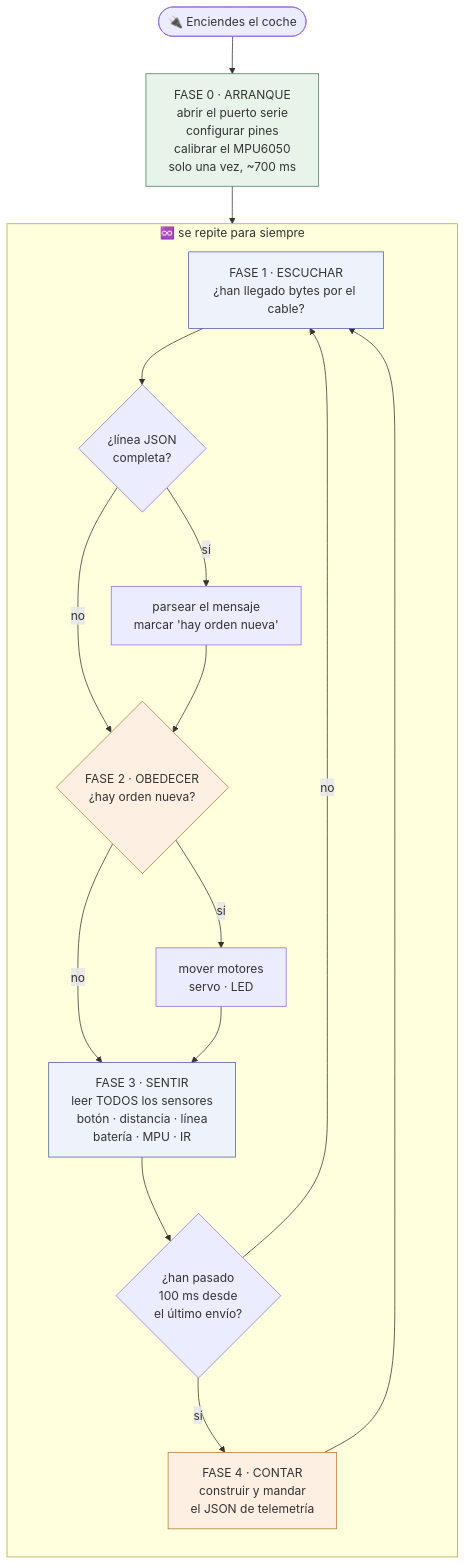
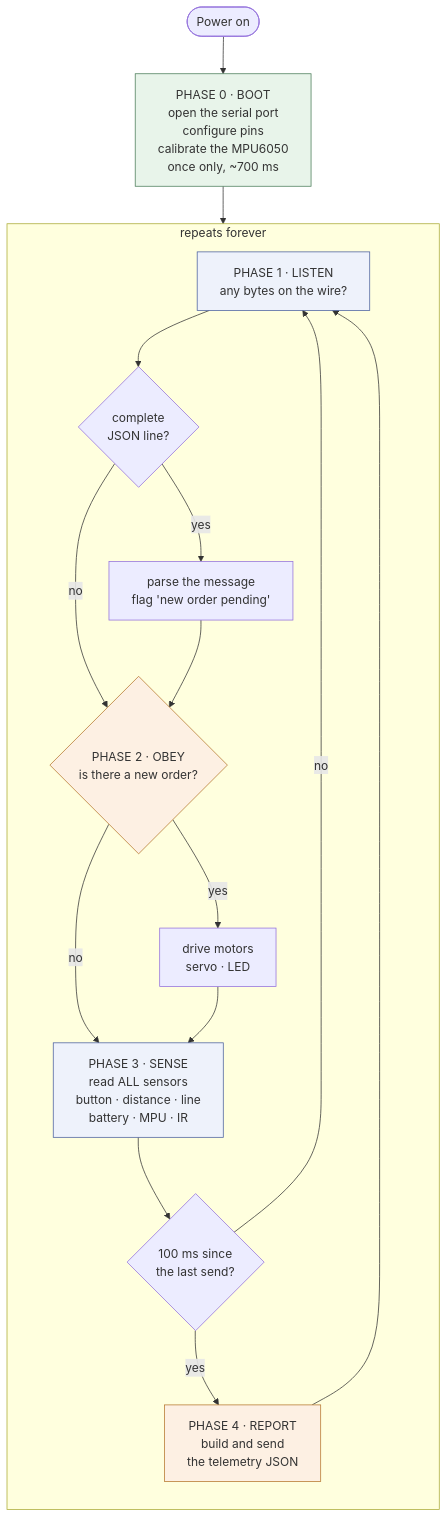
The second of 2 diagrams in README.md (Adc-alt/elegoo-smartcar-firmware-atmega328p), drawn with Mermaid before and after one commit. The commit also changed other lines of this file, not shown here.

````diff
--- a/README.md
+++ b/README.md
@@ -133,37 +133,37 @@
 ```mermaid
 flowchart TD
-    START(["🔌 Enciendes el coche"]) --> F0
+    START(["Power on"]) --> F0
 
-    F0["FASE 0 · ARRANQUE<br/>abrir el puerto serie<br/>configurar pines<br/>calibrar el MPU6050<br/>solo una vez, ~700 ms"]
+    F0["PHASE 0 · BOOT<br/>open the serial port<br/>configure pins<br/>calibrate the MPU6050<br/>once only, ~700 ms"]
 
     F0 --> F1
 
-    subgraph CICLO["♾️ se repite para siempre"]
+    subgraph CYCLE["repeats forever"]
         direction TB
 
-        F1["FASE 1 · ESCUCHAR<br/>¿han llegado bytes por el cable?"]
-        F1 --> D1{"¿línea JSON<br/>completa?"}
+        F1["PHASE 1 · LISTEN<br/>any bytes on the wire?"]
+        F1 --> D1{"complete<br/>JSON line?"}
         D1 -->|"no"| F2
-        D1 -->|"sí"| P1["parsear el mensaje<br/>marcar 'hay orden nueva'"]
+        D1 -->|"yes"| P1["parse the message<br/>flag 'new order pending'"]
         P1 --> F2
 
-        F2{"FASE 2 · OBEDECER<br/>¿hay orden nueva?"}
-        F2 -->|"sí"| ACT["mover motores<br/>servo · LED"]
+        F2{"PHASE 2 · OBEY<br/>is there a new order?"}
+        F2 -->|"yes"| ACT["drive motors<br/>servo · LED"]
         F2 -->|"no"| F3
         ACT --> F3
 
-        F3["FASE 3 · SENTIR<br/>leer TODOS los sensores<br/>botón · distancia · línea<br/>batería · MPU · IR"]
+        F3["PHASE 3 · SENSE<br/>read ALL sensors<br/>button · distance · line<br/>battery · MPU · IR"]
         F3 --> D3
 
-        D3{"¿han pasado<br/>100 ms desde<br/>el último envío?"}
+        D3{"100 ms since<br/>the last send?"}
         D3 -->|"no"| F1
-        D3 -->|"sí"| F4["FASE 4 · CONTAR<br/>construir y mandar<br/>el JSON de telemetría"]
+        D3 -->|"yes"| F4["PHASE 4 · REPORT<br/>build and send<br/>the telemetry JSON"]
         F4 --> F1
     end
 
     style F0 fill:#e8f4ea,stroke:#4a7c59
     style F1 fill:#eef2fb,stroke:#4a5f9e
     style F2 fill:#fdf0e3,stroke:#b5762c
     style F3 fill:#eef2fb,stroke:#4a5f9e
     style F4 fill:#fdf0e3,stroke:#b5762c
 ```
````
